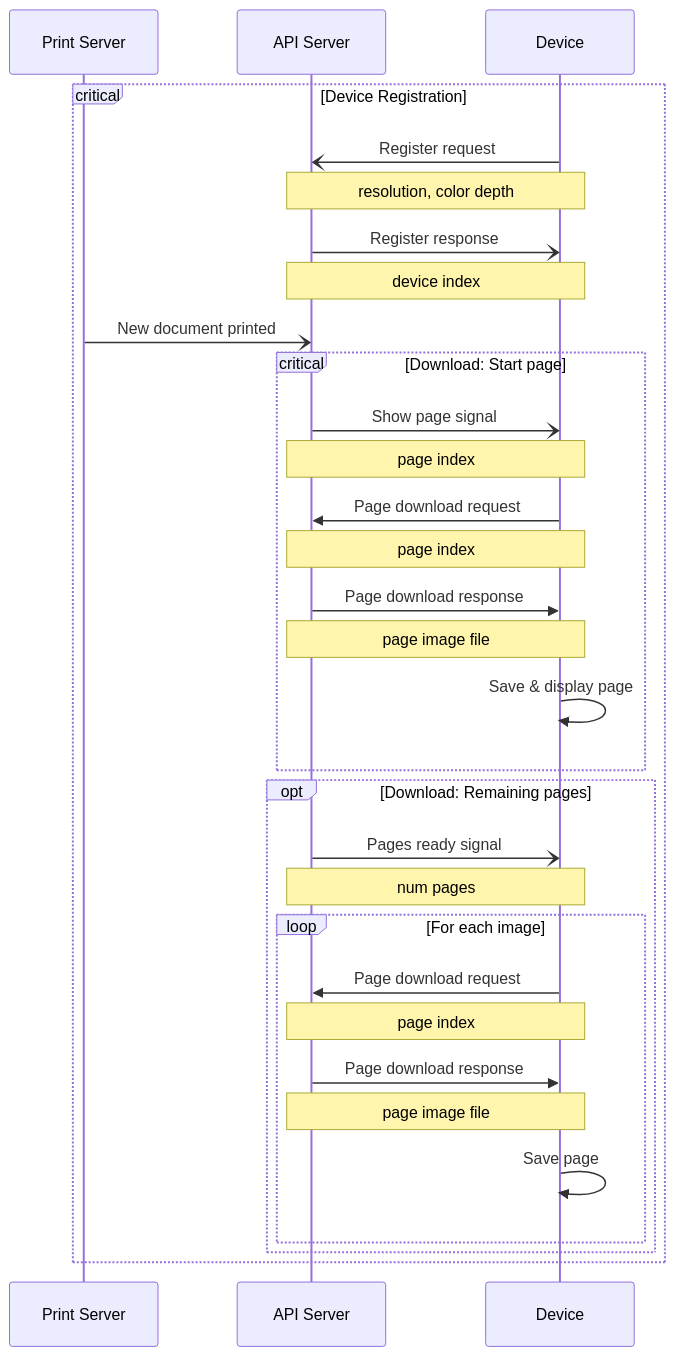
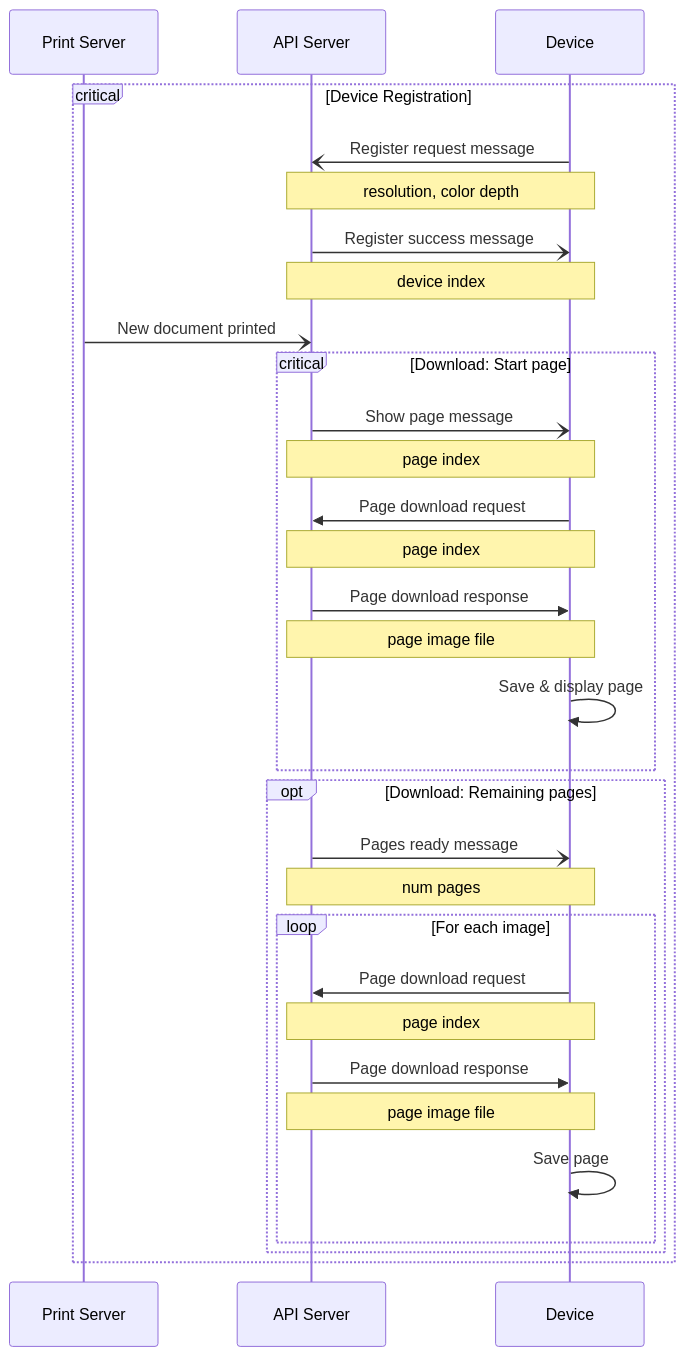
Before and after one commit to PDA-UR/inkplate-printer: the first of 3 diagrams in docs/communication.md, drawn with Mermaid. The commit also changed other lines of this file and 13 other files, not shown here.

````diff
--- a/docs/communication.md
+++ b/docs/communication.md
@@ -9,42 +9,42 @@
 ```mermaid
 sequenceDiagram
     participant P as Print Server
     participant S as API Server
     participant D as Device
 
 
     %% ->>: synchronous
     %% -): asynchronous
 
     critical Device Registration
-        D -) S: Register request
+        D -) S: Register request message
         Note over S,D: resolution, color depth
-        S -) D: Register response
+        S -) D: Register success message
         Note over S,D: device index
 
         P -) S: New document printed
 
         critical Download: Start page
-            S -) D: Show page signal
+            S -) D: Show page message
             Note over S,D: page index
             D ->> S: Page download request
             Note over S,D: page index
             S ->> D: Page download response
             Note over S,D: page image file
             D ->> D: Save & display page
         end
 
         opt Download: Remaining pages
-            S -) D: Pages ready signal
+            S -) D: Pages ready message
             Note over S,D: num pages
             loop For each image
                 D ->> S: Page download request
                 Note over S,D: page index
                 S ->> D: Page download response
                 Note over S,D: page image file
                 D ->> D: Save page
             end
         end
 
     end
 ```
````
